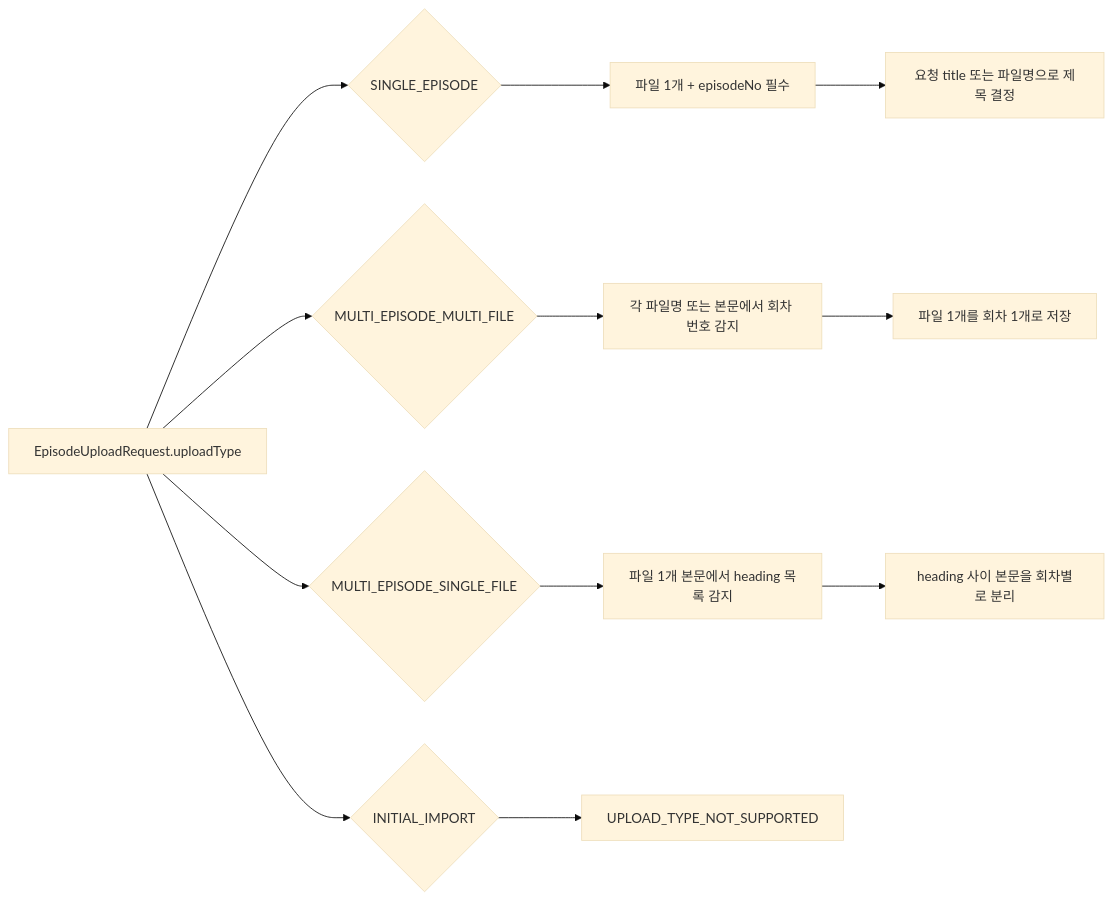
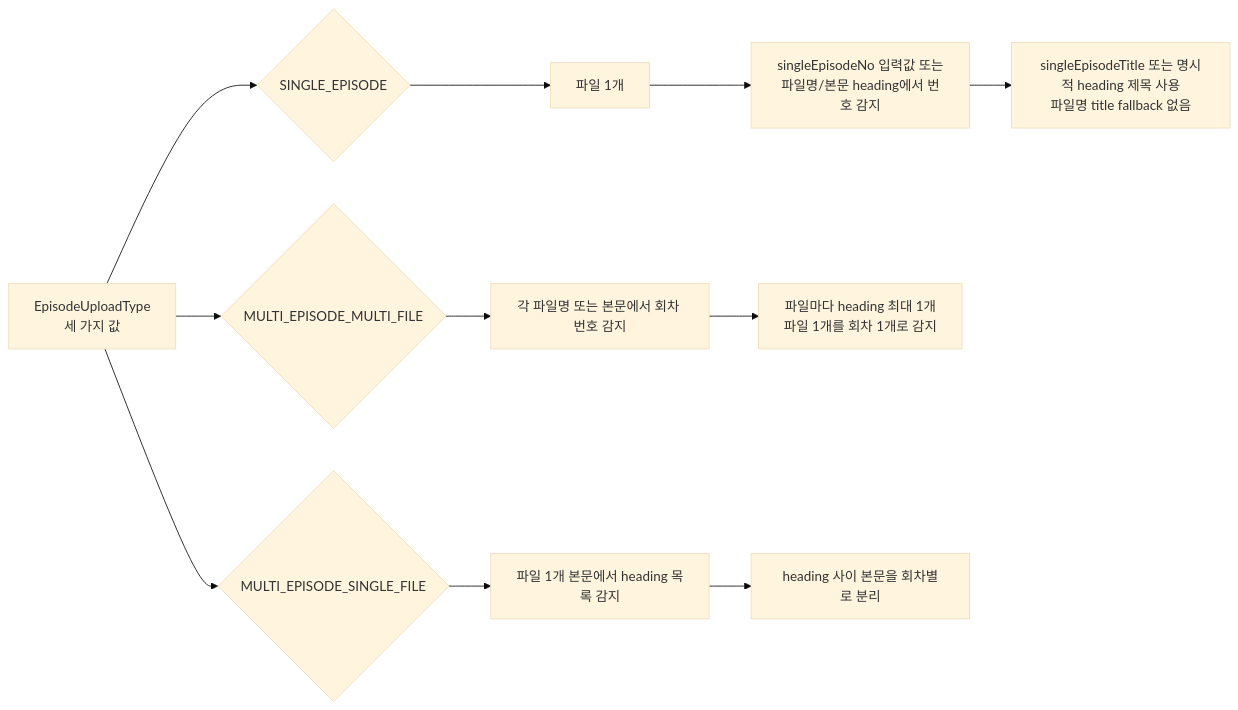
The third of 4 diagrams in docs/upload-episode-workflow.md (catchhole-soma/catchhole-backend-java), drawn with Mermaid (base theme) before and after one commit. The commit also changed other lines of this file and 9 other files, not shown here.

````diff
--- a/docs/upload-episode-workflow.md
+++ b/docs/upload-episode-workflow.md
@@ -85,18 +103,16 @@
 ```mermaid
 flowchart LR
-    A["EpisodeUploadRequest.uploadType"] --> B{"SINGLE_EPISODE"}
+    A["EpisodeUploadType<br/>세 가지 값"] --> B{"SINGLE_EPISODE"}
     A --> C{"MULTI_EPISODE_MULTI_FILE"}
     A --> D{"MULTI_EPISODE_SINGLE_FILE"}
-    A --> E{"INITIAL_IMPORT"}
 
-    B --> B1["파일 1개 + episodeNo 필수"]
-    B1 --> B2["요청 title 또는 파일명으로 제목 결정"]
+    B --> B1["파일 1개"]
+    B1 --> B2["singleEpisodeNo 입력값 또는<br/>파일명/본문 heading에서 번호 감지"]
+    B2 --> B3["singleEpisodeTitle 또는 명시적 heading 제목 사용<br/>파일명 title fallback 없음"]
 
     C --> C1["각 파일명 또는 본문에서 회차 번호 감지"]
-    C1 --> C2["파일 1개를 회차 1개로 저장"]
+    C1 --> C2["파일마다 heading 최대 1개<br/>파일 1개를 회차 1개로 감지"]
 
     D --> D1["파일 1개 본문에서 heading 목록 감지"]
     D1 --> D2["heading 사이 본문을 회차별로 분리"]
-
-    E --> E1["UPLOAD_TYPE_NOT_SUPPORTED"]
 ```
````
